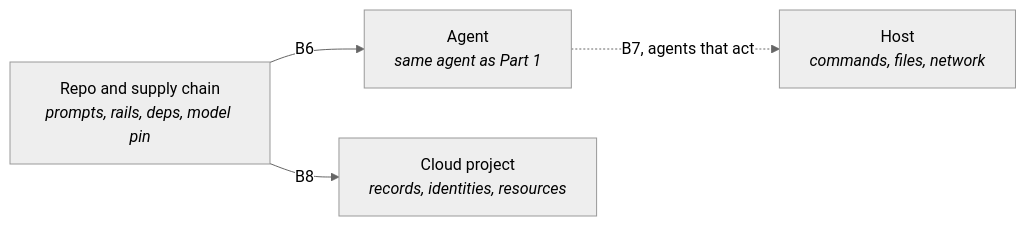
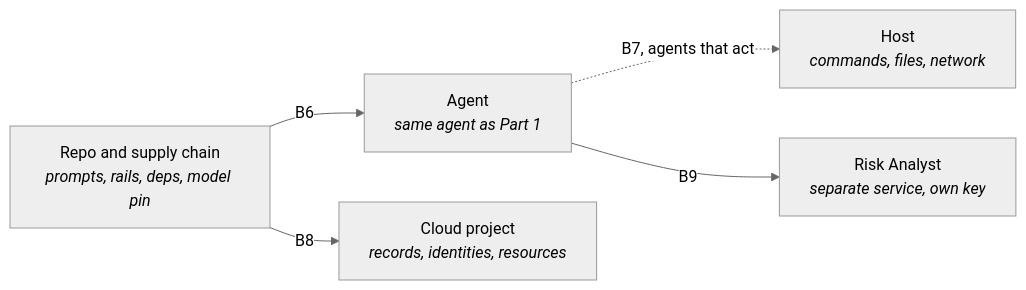
One commit to deathscythe272/blackfork-platform changed the second of 2 diagrams in docs/02-architecture/agent-threat-model.md. Above: the diagram before and after it, drawn with Mermaid (neutral theme). The commit also changed other lines of this file and 23 other files, not shown here.

First line of the commit message:
feat(provenance): P3 Risk Analyst as a separate service with its own key; the investigation workflow

````diff
--- a/docs/02-architecture/agent-threat-model.md
+++ b/docs/02-architecture/agent-threat-model.md
@@ -35,6 +35,7 @@
 ```mermaid
 flowchart LR
   REPO["Repo and supply chain<br><i>prompts, rails, deps, model pin</i>"] -->|"B6"| AGENT["Agent<br><i>same agent as Part 1</i>"]
   AGENT -.->|"B7, agents that act"| HOST["Host<br><i>commands, files, network</i>"]
   REPO -->|"B8"| CLOUD["Cloud project<br><i>records, identities, resources</i>"]
+  AGENT -->|"B9"| ANALYST["Risk Analyst<br><i>separate service, own key</i>"]
 ```
````
